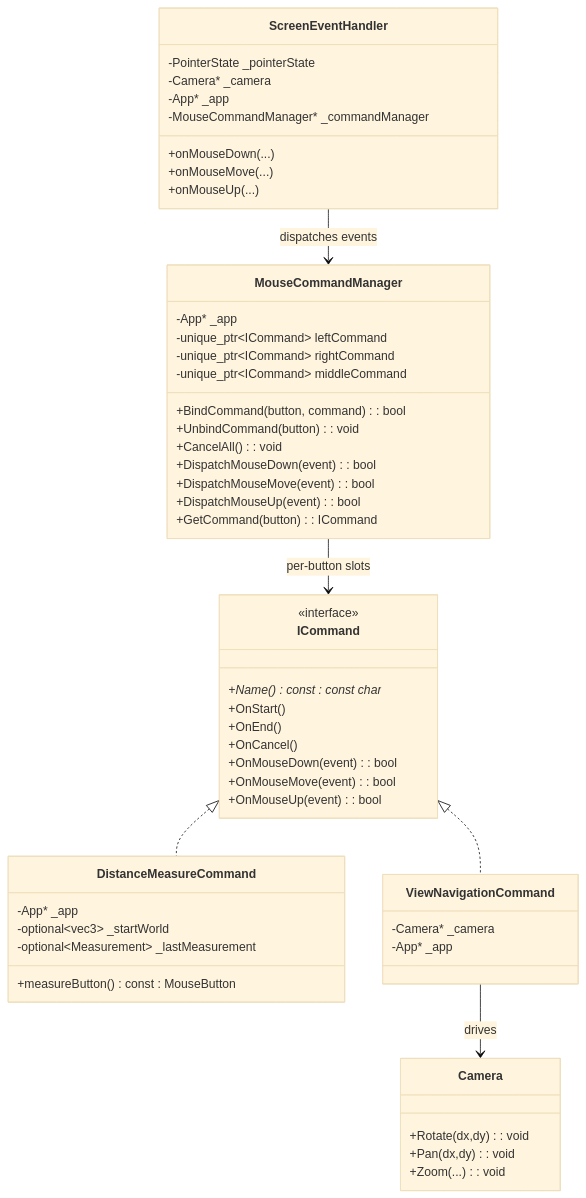
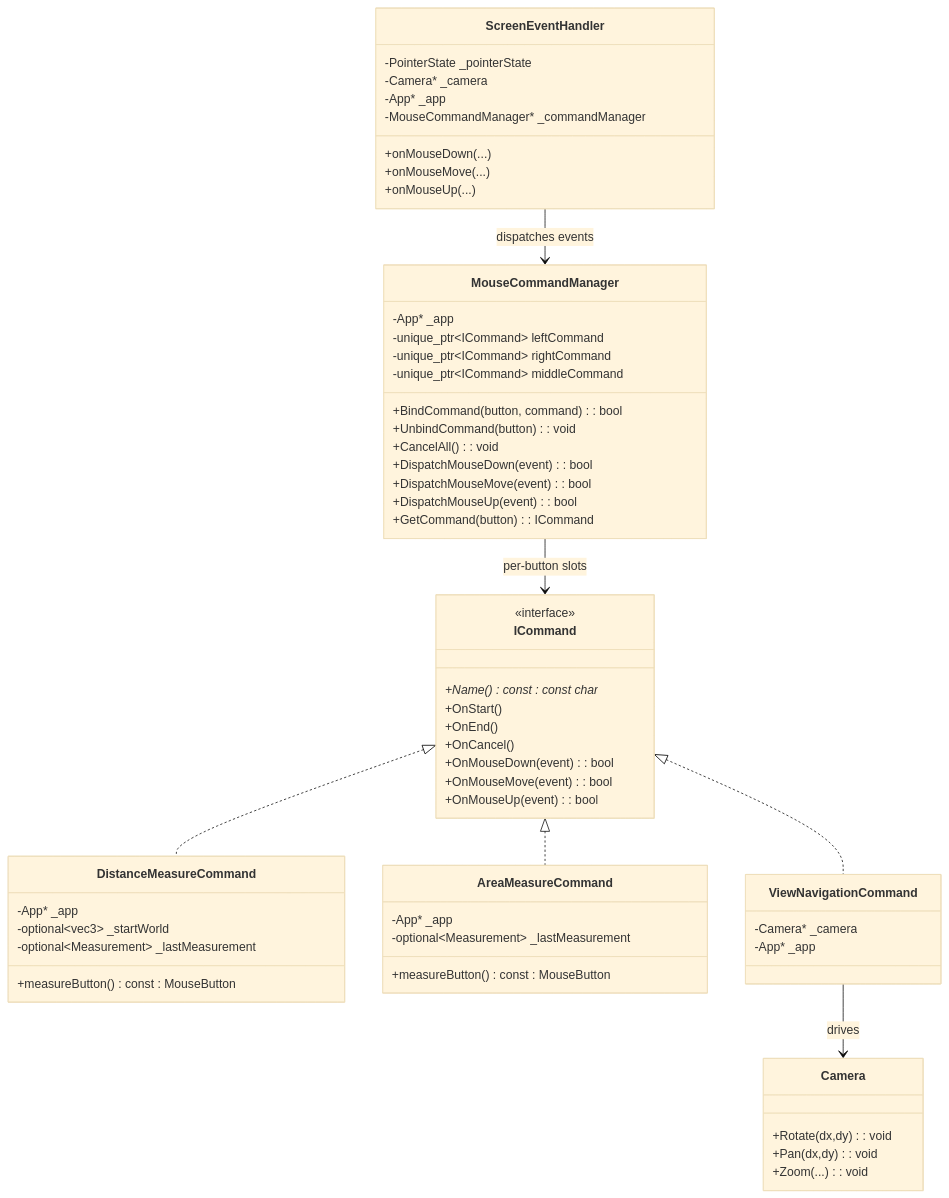
The second of 2 diagrams in GraphV3.md (vfa-khaidt1/vfa-cdn), drawn with Mermaid (base theme) before and after one commit.

Commit message:
Add AreaMeasureCommand class to GraphV3.md

````diff
--- a/GraphV3.md
+++ b/GraphV3.md
@@ -38,63 +38,70 @@
 ```mermaid
 classDiagram
     class ScreenEventHandler {
         -PointerState _pointerState
         -Camera* _camera
         -App* _app
         -MouseCommandManager* _commandManager
         +onMouseDown(...)
         +onMouseMove(...)
         +onMouseUp(...)
     }
 
     class ICommand {
         <<interface>>
         +Name() const : const char*
         +OnStart()
         +OnEnd()
         +OnCancel()
         +OnMouseDown(event): bool
         +OnMouseMove(event): bool
         +OnMouseUp(event): bool
     }
 
     class MouseCommandManager {
         -App* _app
         -unique_ptr~ICommand~ leftCommand
         -unique_ptr~ICommand~ rightCommand
         -unique_ptr~ICommand~ middleCommand
         +BindCommand(button, command): bool
         +UnbindCommand(button): void
         +CancelAll(): void
         +DispatchMouseDown(event): bool
         +DispatchMouseMove(event): bool
         +DispatchMouseUp(event): bool
         +GetCommand(button): ICommand
     }
 
     class DistanceMeasureCommand {
         -App* _app
         -optional~vec3~ _startWorld
         -optional~Measurement~ _lastMeasurement
         +measureButton() const : MouseButton
     }
 
+    class AreaMeasureCommand {
+        -App* _app
+        -optional~Measurement~ _lastMeasurement
+        +measureButton() const : MouseButton
+    }
+
     class ViewNavigationCommand {
         -Camera* _camera
         -App* _app
     }
 
     class Camera {
         +Rotate(dx,dy): void
         +Pan(dx,dy): void
         +Zoom(...): void
     }
 
     ICommand <|.. DistanceMeasureCommand
     ICommand <|.. ViewNavigationCommand
+    ICommand <|.. AreaMeasureCommand
 
     ScreenEventHandler --> MouseCommandManager : dispatches events
     MouseCommandManager --> ICommand : per-button slots
     ViewNavigationCommand --> Camera : drives
 
 ```
````
